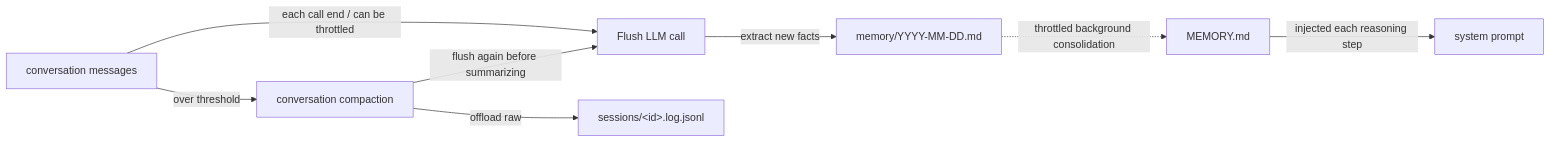
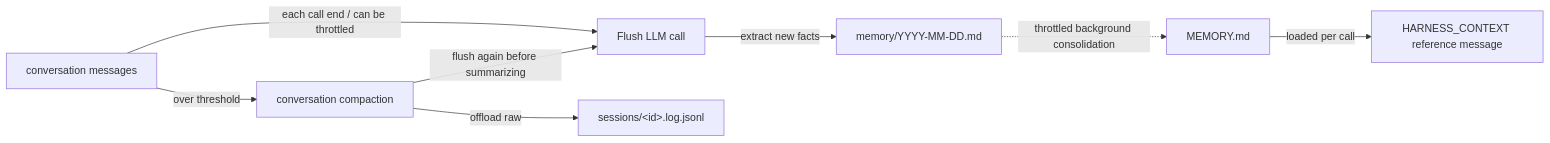
Before and after one commit to agentscope-ai/agentscope-java: the diagram in docs/v2/en/docs/harness/memory.md, drawn with Mermaid. The commit also changed other lines of this file and 65 other files, not shown here.

First line of the commit message:
feat(harness): add extensible context sources and optional task verification

````diff
--- a/docs/v2/en/docs/harness/memory.md
+++ b/docs/v2/en/docs/harness/memory.md
@@ -34,11 +34,11 @@
 ```mermaid
 graph LR
     Conv["conversation messages"]
     Conv -->|each call end / can be throttled| Flush["Flush LLM call"]
     Flush -->|extract new facts| Daily["memory/YYYY-MM-DD.md"]
     Conv -->|over threshold| Compactor["conversation compaction"]
     Compactor -->|offload raw| Sess["sessions/&lt;id&gt;.log.jsonl"]
     Compactor -->|flush again before summarizing| Flush
     Daily -. throttled background consolidation .-> MEM["MEMORY.md"]
-    MEM -->|injected each reasoning step| SYS["system prompt"]
+    MEM -->|loaded per call| SYS["HARNESS_CONTEXT reference message"]
 ```
````
